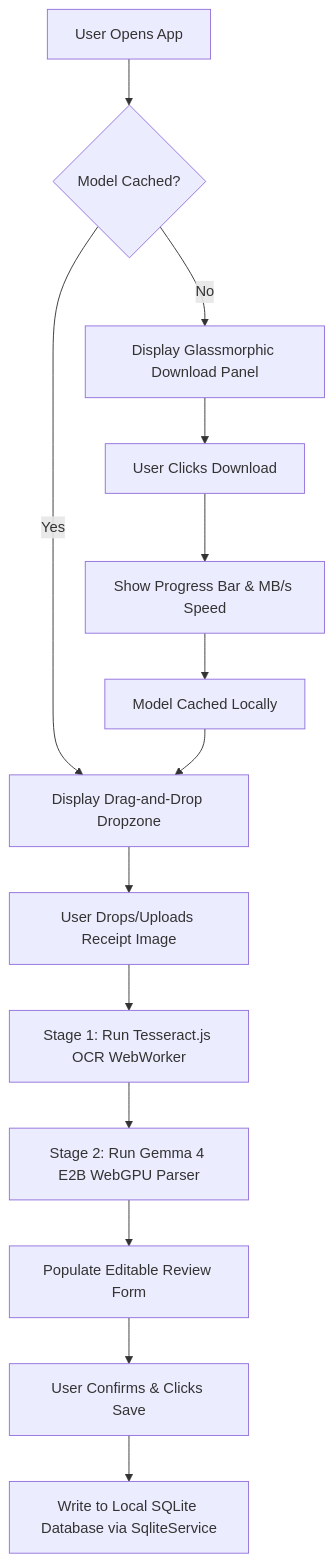
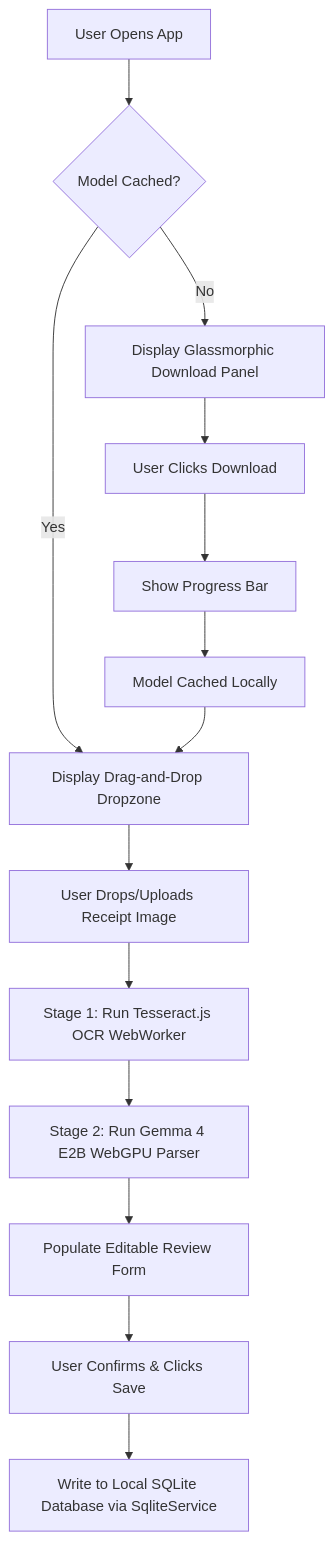
One commit to railsstudent/ng-on-device-expense-tracker changed the diagram in .scratch/receipt-analyzer/spec.md. Above: the diagram before and after it, drawn with Mermaid. The commit also changed other lines of this file and 27 other files, not shown here.

````diff
--- a/.scratch/receipt-analyzer/spec.md
+++ b/.scratch/receipt-analyzer/spec.md
@@ -17,16 +17,16 @@
 ```mermaid
 graph TD
     A[User Opens App] --> B{Model Cached?}
     B -- No --> C[Display Glassmorphic Download Panel]
     C --> D[User Clicks Download]
-    D --> E[Show Progress Bar & MB/s Speed]
+    D --> E[Show Progress Bar]
     E --> F[Model Cached Locally]
     B -- Yes --> G[Display Drag-and-Drop Dropzone]
     F --> G
     G --> H[User Drops/Uploads Receipt Image]
     H --> I[Stage 1: Run Tesseract.js OCR WebWorker]
     I --> J[Stage 2: Run Gemma 4 E2B WebGPU Parser]
     J --> K[Populate Editable Review Form]
     K --> L[User Confirms & Clicks Save]
     L --> M[Write to Local SQLite Database via SqliteService]
 ```
````
